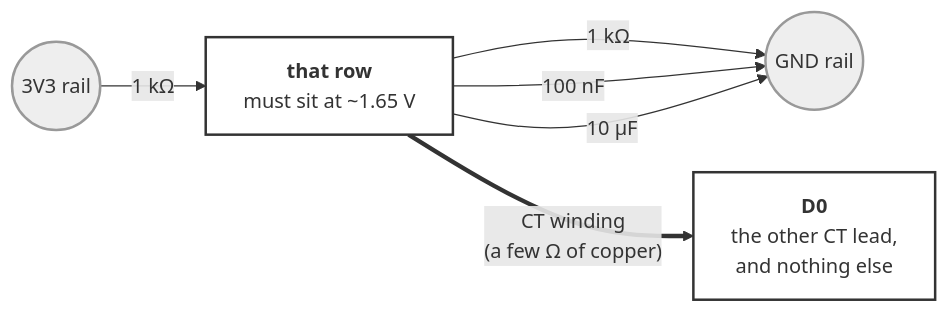
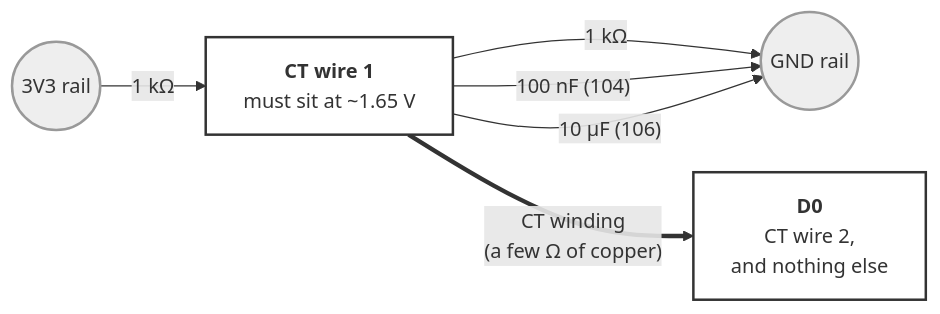
Before and after one commit to jeff-engineers/dustgate: the second of 4 diagrams in firmware/wiring/collector-node.md, drawn with Mermaid. The commit also changed other lines of this file and 4 other files, not shown here.

````diff
--- a/firmware/wiring/collector-node.md
+++ b/firmware/wiring/collector-node.md
@@ -256,11 +257,11 @@
 ```mermaid
 flowchart LR
   V3(("3V3 rail")):::rail -- "1 kΩ" --> ROW
   ROW -- "1 kΩ" --> G(("GND rail")):::rail
-  ROW -- "100 nF" --> G
-  ROW -- "10 µF" --> G
-  ROW["<b>that row</b><br/>must sit at ~1.65 V"]:::node
-  ROW == "CT winding<br/>(a few Ω of copper)" ==> D0["<b>D0</b><br/>the other CT lead,<br/>and nothing else"]:::node
+  ROW -- "100 nF (104)" --> G
+  ROW -- "10 µF (106)" --> G
+  ROW["<b>CT wire 1</b><br/>must sit at ~1.65 V"]:::node
+  ROW == "CT winding<br/>(a few Ω of copper)" ==> D0["<b>D0</b><br/>CT wire 2,<br/>and nothing else"]:::node
   classDef rail fill:#eee,stroke:#999
   classDef node fill:#fff,stroke:#333,stroke-width:2px
 ```
````
